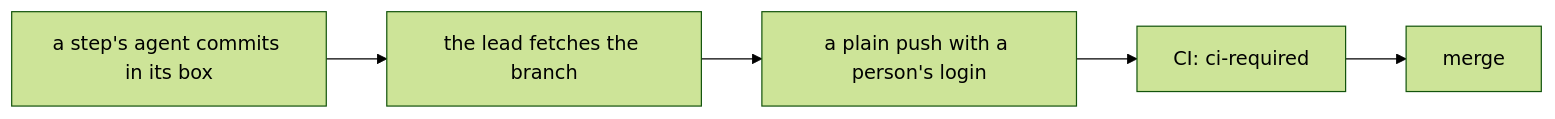
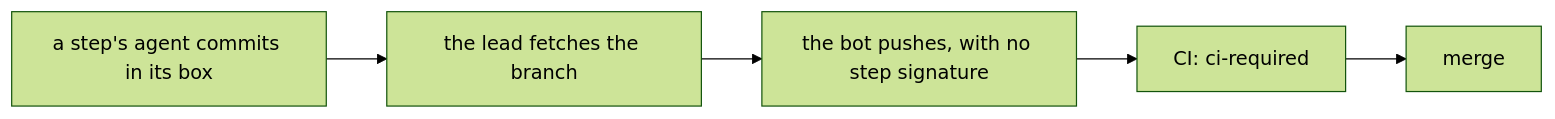
One commit to kamp-us/tea-fabrika changed the second of 2 diagrams in .decisions/0161-no-step-signing-by-hand.md. Above: the diagram before and after it, drawn with Mermaid (forest theme). The commit also changed other lines of this file and 3 other files, not shown here.

````diff
--- a/.decisions/0161-no-step-signing-by-hand.md
+++ b/.decisions/0161-no-step-signing-by-hand.md
@@ -24,7 +24,7 @@
 ```mermaid
 flowchart LR
   work["a step's agent commits in its box"] --> fetch["the lead fetches the branch"]
-  fetch --> push["a plain push with a person's login"]
+  fetch --> push["the bot pushes, with no step signature"]
   push --> ci["CI: ci-required"]
   ci --> merge["merge"]
 ```
````
